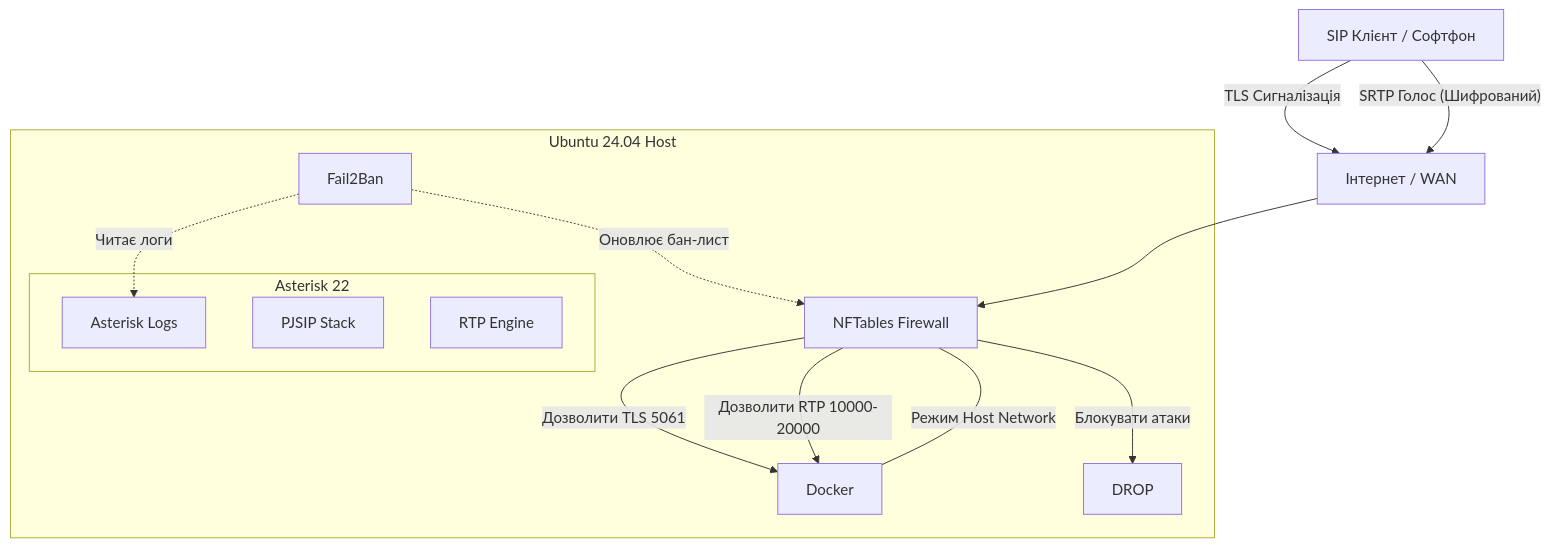
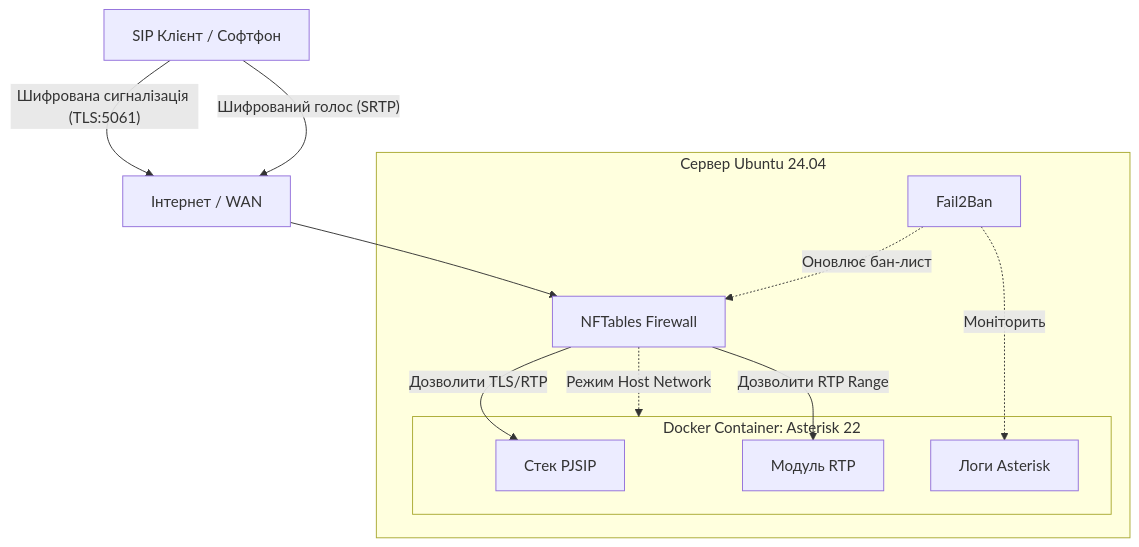
The diagram in README_UKR.md (weby-homelab/voip-installer), drawn with Mermaid before and after one commit. The commit also changed 2 other files, not shown here.

Commit message:
Fix: Correct Mermaid diagram syntax in all README files

````diff
--- a/README_UKR.md
+++ b/README_UKR.md
@@ -211,28 +211,29 @@
 ```mermaid
 graph TD
     User[SIP Клієнт / Софтфон]
     Net[Інтернет / WAN]
     FW[NFTables Firewall]
     F2B[Fail2Ban]
     
-    subgraph Server [Ubuntu 24.04 Host]
-        FW -->|"Дозволити TLS 5061"| Docker
-        FW -->|"Дозволити RTP 10000-20000"| Docker
-        FW -->|"Блокувати атаки"| Drop[DROP]
+    subgraph Host [Сервер Ubuntu 24.04]
+        FW
+        F2B
         
-        F2B -.->|"Читає логи"| Logs
-        F2B -.->|"Оновлює бан-лист"| FW
-        
-        subgraph Docker Container [Asterisk 22]
-            PJSIP[PJSIP Stack]
-            RTP[RTP Engine]
-            Logs[Asterisk Logs]
+        subgraph Docker [Docker Container: Asterisk 22]
+            PJSIP[Стек PJSIP]
+            RTP[Модуль RTP]
+            Logs[Логи Asterisk]
         end
-        
-        Docker ---|"Режим Host Network"| FW
     end
     
-    User -->|"TLS Сигналізація"| Net
-    User -->|"SRTP Голос (Шифрований)"| Net
+    User -->|"Шифрована сигналізація (TLS:5061)"| Net
+    User -->|"Шифрований голос (SRTP)"| Net
     Net --> FW
+    
+    FW -->|"Дозволити TLS/RTP"| PJSIP
+    FW -->|"Дозволити RTP Range"| RTP
+    FW -.->|"Режим Host Network"| Docker
+    
+    F2B -.->|"Моніторить"| Logs
+    F2B -.->|"Оновлює бан-лист"| FW
 ```
````
